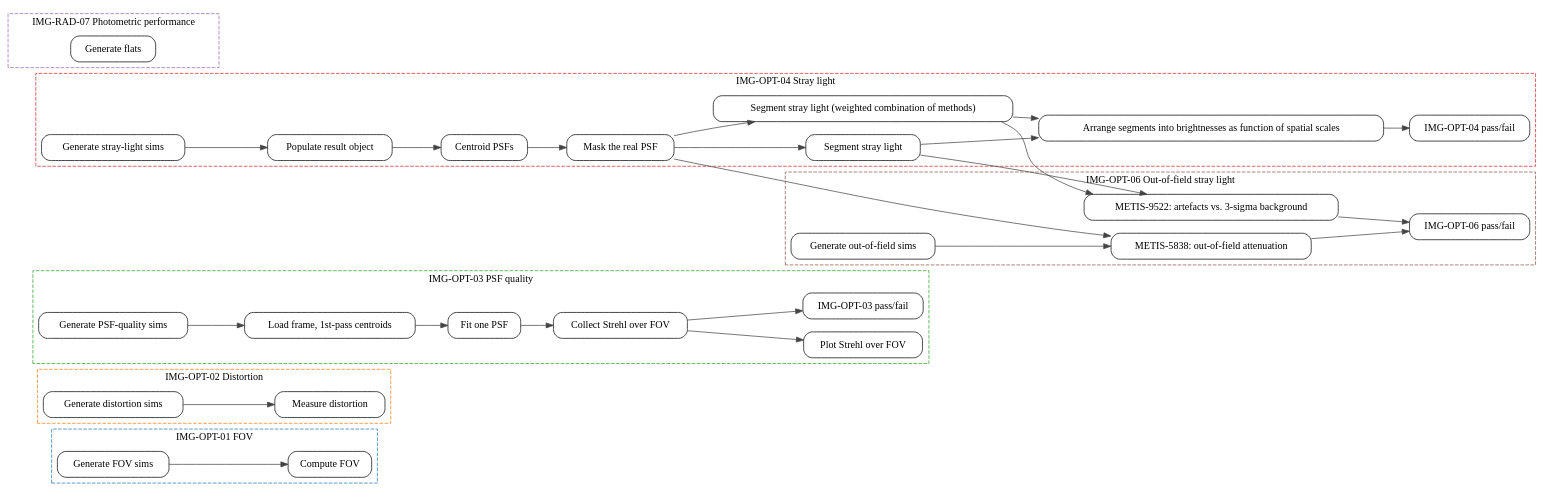
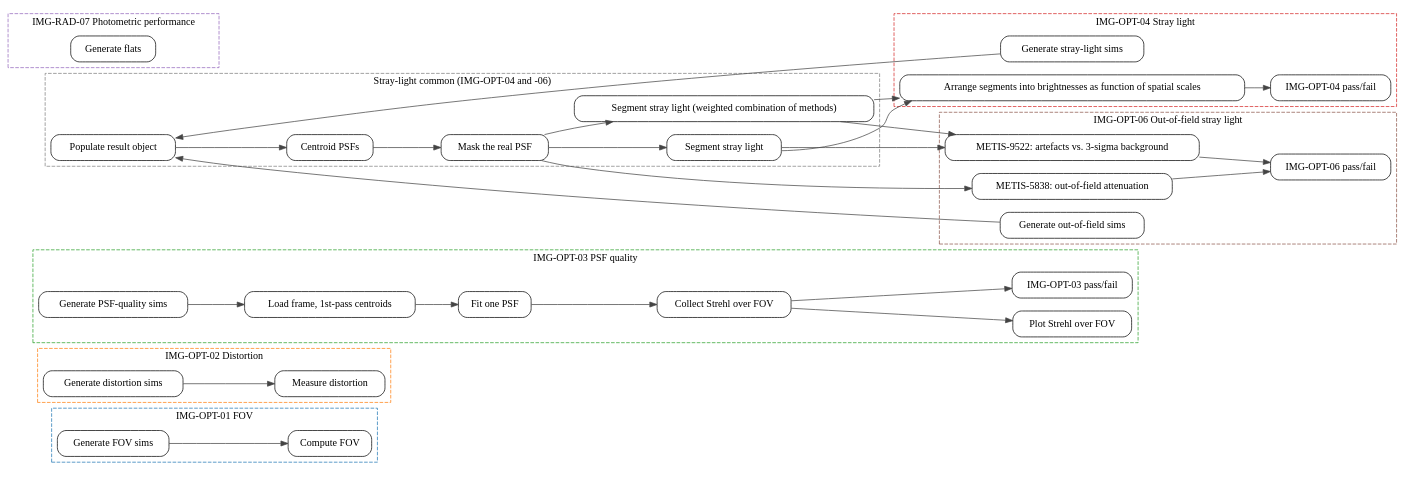
One commit to mwanakijiji/metis_work changed the diagram in docs/uml/pipeline_flow.dot. Above: the diagram before and after it, drawn with Graphviz. The commit also changed 13 other files, not shown here.

```diff
--- a/docs/uml/pipeline_flow.dot
+++ b/docs/uml/pipeline_flow.dot
@@ -1,110 +1,116 @@
 digraph pipeline {
   rankdir=LR;
   node [shape=box, style="rounded,filled", fillcolor="white"];
   edge [color="#444444"];
 
   subgraph cluster_img_opt_01_fov {
     label="IMG-OPT-01 FOV";
     style="dashed";
     color="#1f77b4";
     generate_fov_sim;
     fov_calc;
   }
 
   subgraph cluster_img_opt_02_distortion {
     label="IMG-OPT-02 Distortion";
     style="dashed";
     color="#ff7f0e";
     generate_distortion_sim;
     image_distortion;
   }
 
   subgraph cluster_img_opt_03_psf_quality {
     label="IMG-OPT-03 PSF quality";
     style="dashed";
     color="#2ca02c";
     generate_psf_quality_sim;
     prepare_psf_grid;
     process_one_psf;
     collect_strehls;
     plot_strehl_fov;
     img_03_test_outcome;
   }
 
   subgraph cluster_img_opt_04_stray_light {
     label="IMG-OPT-04 Stray light";
     style="dashed";
     color="#d62728";
     generate_stray_light_sim;
-    populate_result_obj_info;
     stray_light_brightness_spectrum;
     img_04_test_outcome;
-    centroid_2passes_oversample;
-    stray_light_segmentation;
-    stray_light_segmentation_combined;
-    stray_light_mask_real;
   }
 
   subgraph cluster_img_opt_06_out_of_field_stray_light {
     label="IMG-OPT-06 Out-of-field stray light";
     style="dashed";
     color="#8c564b";
     generate_out_of_field_sim;
     metis_5838_attenuation;
     metis_9522_check;
     img_06_test_outcome;
   }
 
   subgraph cluster_img_rad_07_photometric_performance {
     label="IMG-RAD-07 Photometric performance";
     style="dashed";
     color="#9467bd";
     make_flat_frames;
   }
 
+  subgraph cluster_stray_light_common_img_opt_04_and__06 {
+    label="Stray-light common (IMG-OPT-04 and -06)";
+    style="dashed";
+    color="#7f7f7f";
+    populate_result_obj_info;
+    centroid_2passes_oversample;
+    stray_light_mask_real;
+    stray_light_segmentation;
+    stray_light_segmentation_combined;
+  }
+
   generate_fov_sim [label="Generate FOV sims"];
   generate_distortion_sim [label="Generate distortion sims"];
   generate_psf_quality_sim [label="Generate PSF-quality sims"];
   generate_stray_light_sim [label="Generate stray-light sims"];
   generate_out_of_field_sim [label="Generate out-of-field sims"];
   make_flat_frames [label="Generate flats"];
   fov_calc [label="Compute FOV"];
   image_distortion [label="Measure distortion"];
   prepare_psf_grid [label="Load frame, 1st-pass centroids"];
   process_one_psf [label="Fit one PSF"];
   collect_strehls [label="Collect Strehl over FOV"];
   plot_strehl_fov [label="Plot Strehl over FOV"];
   img_03_test_outcome [label="IMG-OPT-03 pass/fail"];
-  populate_result_obj_info [label="Populate result object"];
   stray_light_brightness_spectrum [label="Arrange segments into brightnesses as function of spatial scales"];
   img_04_test_outcome [label="IMG-OPT-04 pass/fail"];
-  centroid_2passes_oversample [label="Centroid PSFs"];
-  stray_light_segmentation [label="Segment stray light"];
-  stray_light_segmentation_combined [label="Segment stray light (weighted combination of methods)"];
-  stray_light_mask_real [label="Mask the real PSF"];
   metis_5838_attenuation [label="METIS-5838: out-of-field attenuation"];
   metis_9522_check [label="METIS-9522: artefacts vs. 3-sigma background"];
   img_06_test_outcome [label="IMG-OPT-06 pass/fail"];
+  populate_result_obj_info [label="Populate result object"];
+  centroid_2passes_oversample [label="Centroid PSFs"];
+  stray_light_mask_real [label="Mask the real PSF"];
+  stray_light_segmentation [label="Segment stray light"];
+  stray_light_segmentation_combined [label="Segment stray light (weighted combination of methods)"];
 
   generate_fov_sim -> fov_calc;
   generate_distortion_sim -> image_distortion;
   generate_psf_quality_sim -> prepare_psf_grid;
   prepare_psf_grid -> process_one_psf;
   process_one_psf -> collect_strehls;
   collect_strehls -> plot_strehl_fov;
   collect_strehls -> img_03_test_outcome;
-  generate_stray_light_sim -> populate_result_obj_info;
   stray_light_segmentation -> stray_light_brightness_spectrum;
   stray_light_segmentation_combined -> stray_light_brightness_spectrum;
   stray_light_brightness_spectrum -> img_04_test_outcome;
-  populate_result_obj_info -> centroid_2passes_oversample;
-  stray_light_mask_real -> stray_light_segmentation;
-  stray_light_mask_real -> stray_light_segmentation_combined;
-  centroid_2passes_oversample -> stray_light_mask_real;
-  generate_out_of_field_sim -> metis_5838_attenuation;
   stray_light_mask_real -> metis_5838_attenuation;
   stray_light_segmentation -> metis_9522_check;
   stray_light_segmentation_combined -> metis_9522_check;
   metis_5838_attenuation -> img_06_test_outcome;
   metis_9522_check -> img_06_test_outcome;
+  generate_stray_light_sim -> populate_result_obj_info;
+  generate_out_of_field_sim -> populate_result_obj_info;
+  populate_result_obj_info -> centroid_2passes_oversample;
+  centroid_2passes_oversample -> stray_light_mask_real;
+  stray_light_mask_real -> stray_light_segmentation;
+  stray_light_mask_real -> stray_light_segmentation_combined;
 }
```
